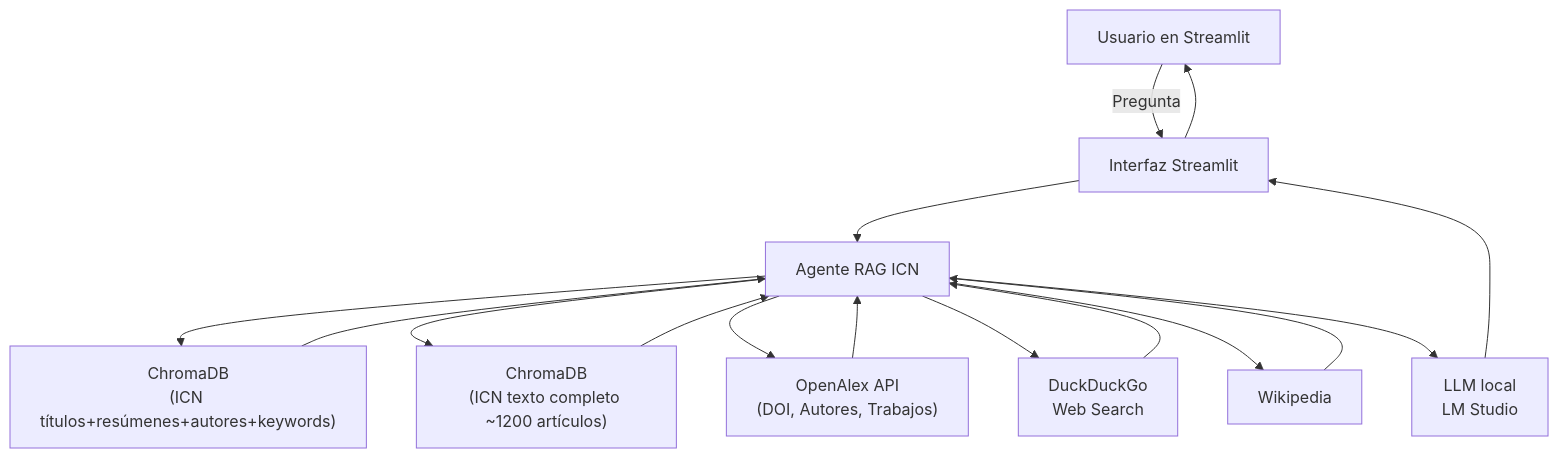
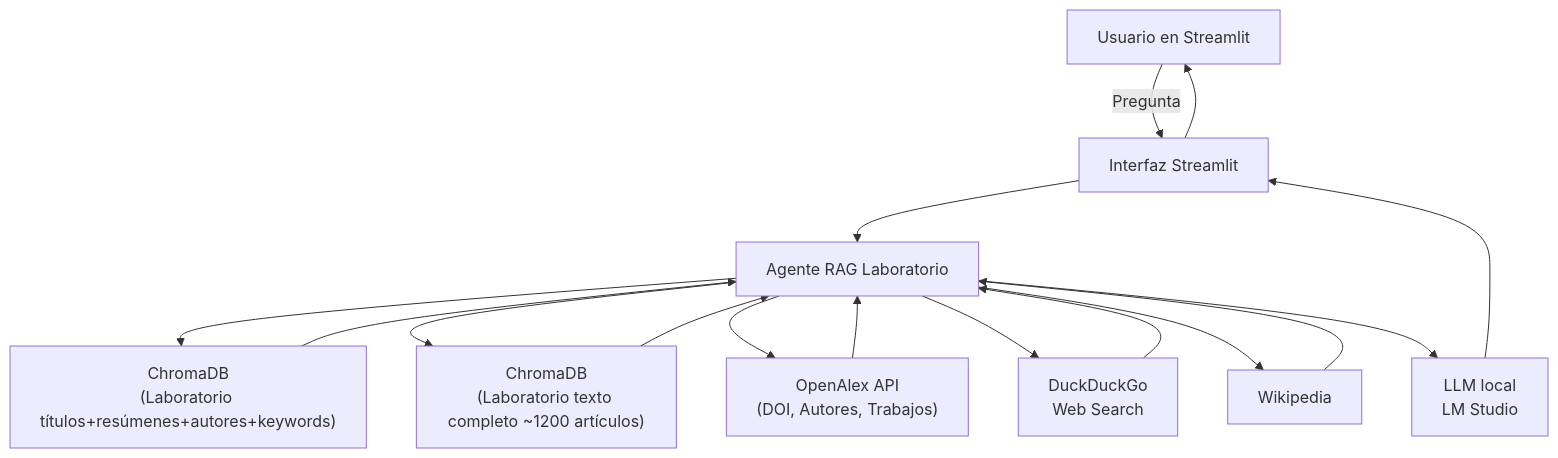
One commit to chilti/rag_icn changed the first of 2 diagrams in README.md. Above: the diagram before and after it, drawn with Mermaid. The commit also changed other lines of this file, not shown here.

Commit message:
docs: update affiliation to Laboratorio de Dinámica no Lineal

````diff
--- a/README.md
+++ b/README.md
@@ -58,18 +58,18 @@
 ```mermaid
 flowchart TD
     U[Usuario en Streamlit] -->|Pregunta| S[Interfaz Streamlit]
-    S --> A[Agente RAG ICN]
-    A --> H1["ChromaDB\n(ICN títulos+resúmenes+autores+keywords)"]
-    A --> H2["ChromaDB\n(ICN texto completo ~1200 artículos)"]
+    S --> A[Agente RAG Laboratorio]
+    A --> H1["ChromaDB\n(Laboratorio títulos+resúmenes+autores+keywords)"]
+    A --> H2["ChromaDB\n(Laboratorio texto completo ~1200 artículos)"]
     A --> H3["OpenAlex API\n(DOI, Autores, Trabajos)"]
     A --> H4["DuckDuckGo\nWeb Search"]
     A --> H5[Wikipedia]
     H1 --> A
     H2 --> A
     H3 --> A
     H4 --> A
     H5 --> A
     A --> L["LLM local\nLM Studio"]
     L --> S
     S --> U
 ```
````
